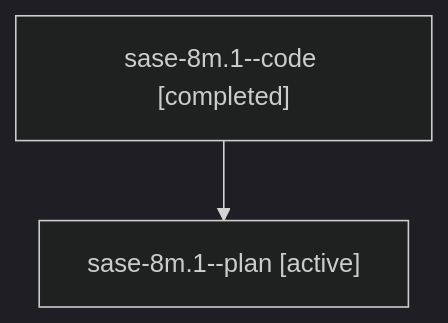
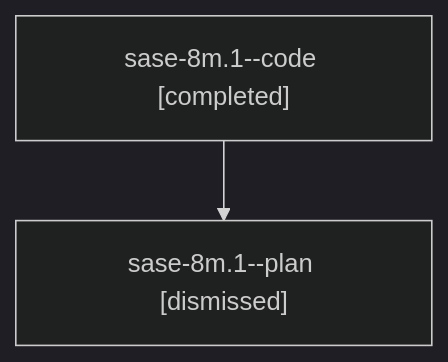
Before and after one commit to sase-org/sase--agents: the diagram in sessions/bbugyi200.athena.sase-8m.1.md, drawn with Mermaid (dark theme). The commit also changed other lines of this file and 79 other files, not shown here.

````diff
--- a/sessions/bbugyi200.athena.sase-8m.1.md
+++ b/sessions/bbugyi200.athena.sase-8m.1.md
@@ -9,6 +9,6 @@
 ```mermaid
 flowchart TD
   n0["sase-8m.1--code [completed]"]
-  n1["sase-8m.1--plan [active]"]
+  n1["sase-8m.1--plan [dismissed]"]
   n0 --> n1
 ```
````
